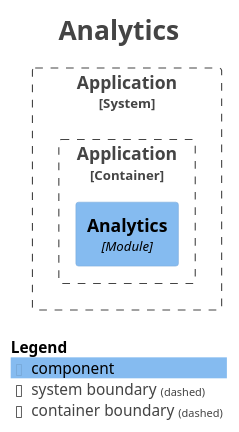
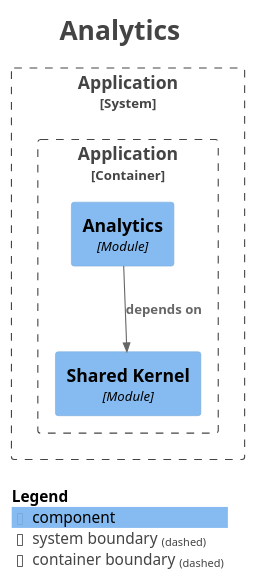
One commit to Paul-Ayesiga/enterprise-modulith-template changed the diagram in docs/modulith/module-analytics.puml. Above: the diagram before and after it, drawn with PlantUML. The commit also changed 16 other files, not shown here.

```diff
--- a/docs/modulith/module-analytics.puml
+++ b/docs/modulith/module-analytics.puml
@@ -1,27 +1,30 @@
 @startuml
 title <size:24>Analytics</size>
 
 set separator none
 top to bottom direction
 
 <style>
   root {
     BackgroundColor: #ffffff
     FontColor: #444444
   }
 </style>
 
 !include <C4/C4>
 !include <C4/C4_Context>
 !include <C4/C4_Component>
 
 System_Boundary("Application_boundary", "Application", $tags="") {
   Container_Boundary("Application.Application_boundary", "Application", $tags="") {
+    Component(Application.Application.SharedKernel, "Shared Kernel", $techn="Module", $descr="", $tags="", $link="")
     Component(Application.Application.Analytics, "Analytics", $techn="Module", $descr="", $tags="", $link="")
   }
 
 }
 
+Rel(Application.Application.Analytics, Application.Application.SharedKernel, "depends on", $techn="", $tags="", $link="")
+
 SHOW_LEGEND(true)
 hide stereotypes
 @enduml
```
